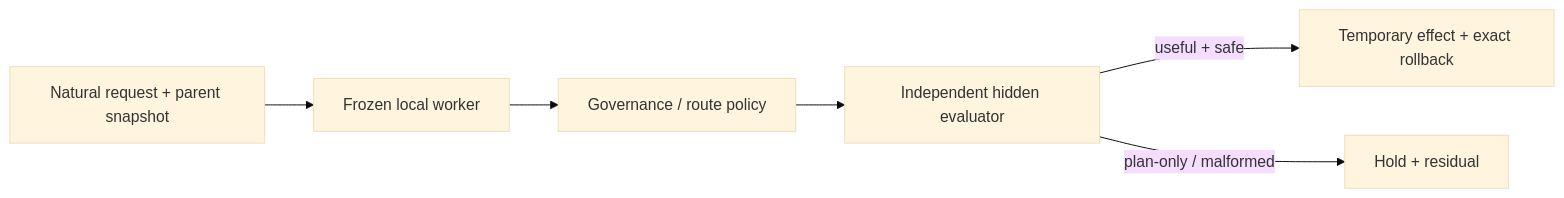
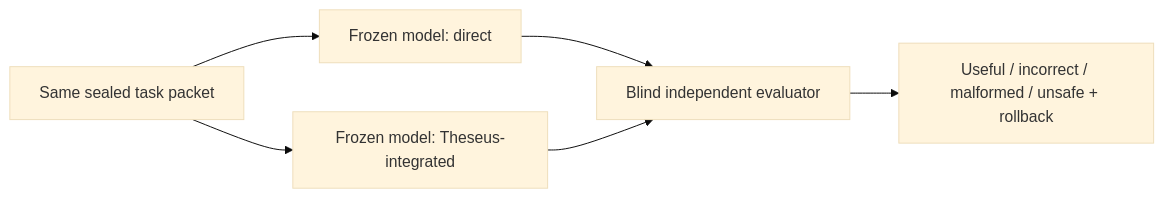
The diagram in docs/CORE_EVIDENCE_BRIEF.md (corbensorenson/theseus), drawn with Mermaid (base theme) before and after one commit. The commit also changed other lines of this file and 3 other files, not shown here.

Commit message:
Reconcile roadmap with external execution audit

````diff
--- a/docs/CORE_EVIDENCE_BRIEF.md
+++ b/docs/CORE_EVIDENCE_BRIEF.md
@@ -21,8 +16,8 @@
 ```mermaid
 flowchart LR
-  P["Natural request + parent snapshot"] --> W["Frozen local worker"]
-  W --> G["Governance / route policy"]
-  G --> V["Independent hidden evaluator"]
-  V -->|useful + safe| E["Temporary effect + exact rollback"]
-  V -->|plan-only / malformed| H["Hold + residual"]
+  T["Same sealed task packet"] --> D["Frozen model: direct"]
+  T --> I["Frozen model: Theseus-integrated"]
+  D --> E["Blind independent evaluator"]
+  I --> E
+  E --> R["Useful / incorrect / malformed / unsafe + rollback"]
 ```
````
